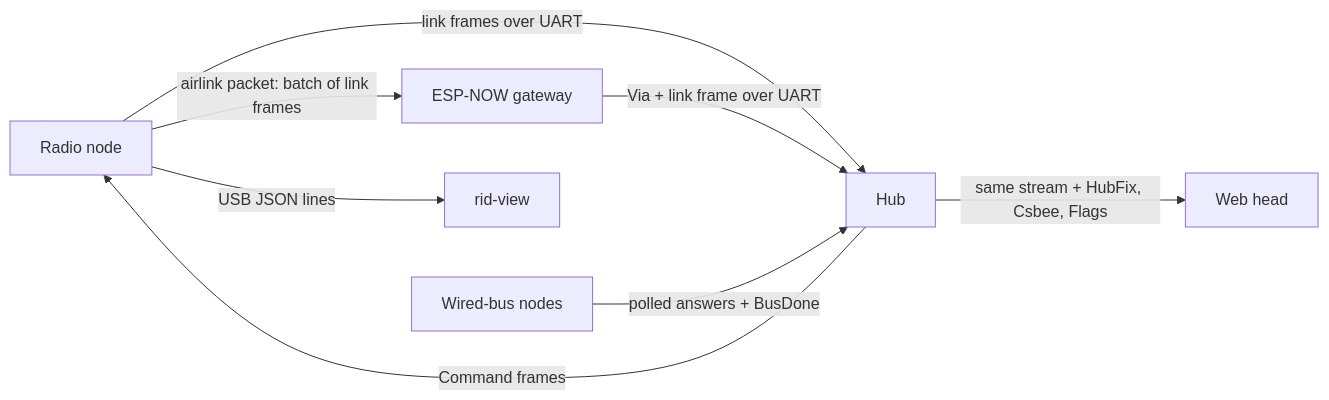
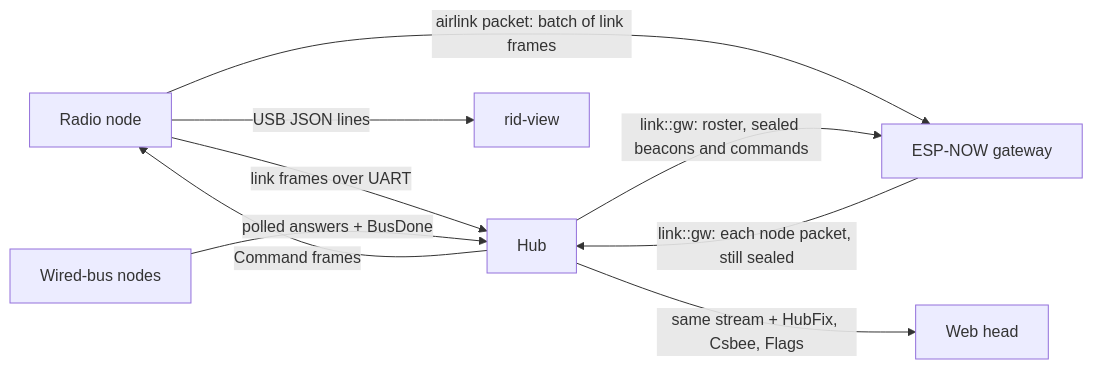
Before and after one commit to holdTheDoorHoid/rotorscope: the diagram in docs/dev/protocol.md, drawn with Mermaid. The commit also changed other lines of this file and 25 other files, not shown here.

````diff
--- a/docs/dev/protocol.md
+++ b/docs/dev/protocol.md
@@ -18,10 +19,11 @@
 ```mermaid
 flowchart LR
     node[Radio node] -->|link frames over UART| hub[Hub]
     node -->|"airlink packet: batch of link frames"| gw[ESP-NOW gateway]
-    gw -->|Via + link frame over UART| hub
+    gw -->|"link::gw: each node packet, still sealed"| hub
+    hub -->|"link::gw: roster, sealed beacons and commands"| gw
     nodes[Wired-bus nodes] -->|polled answers + BusDone| hub
     hub -->|Command frames| node
     hub -->|same stream + HubFix, Csbee, Flags| head[Web head]
     node -->|USB JSON lines| laptop[rid-view]
 ```
````
